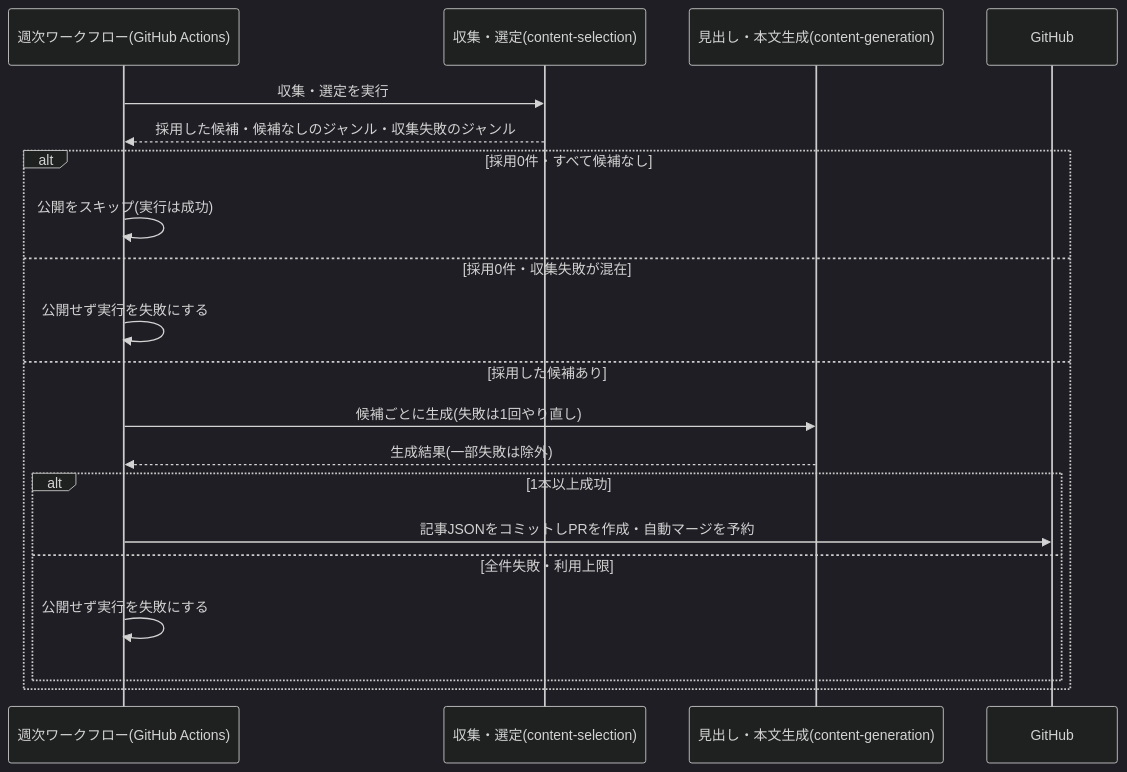
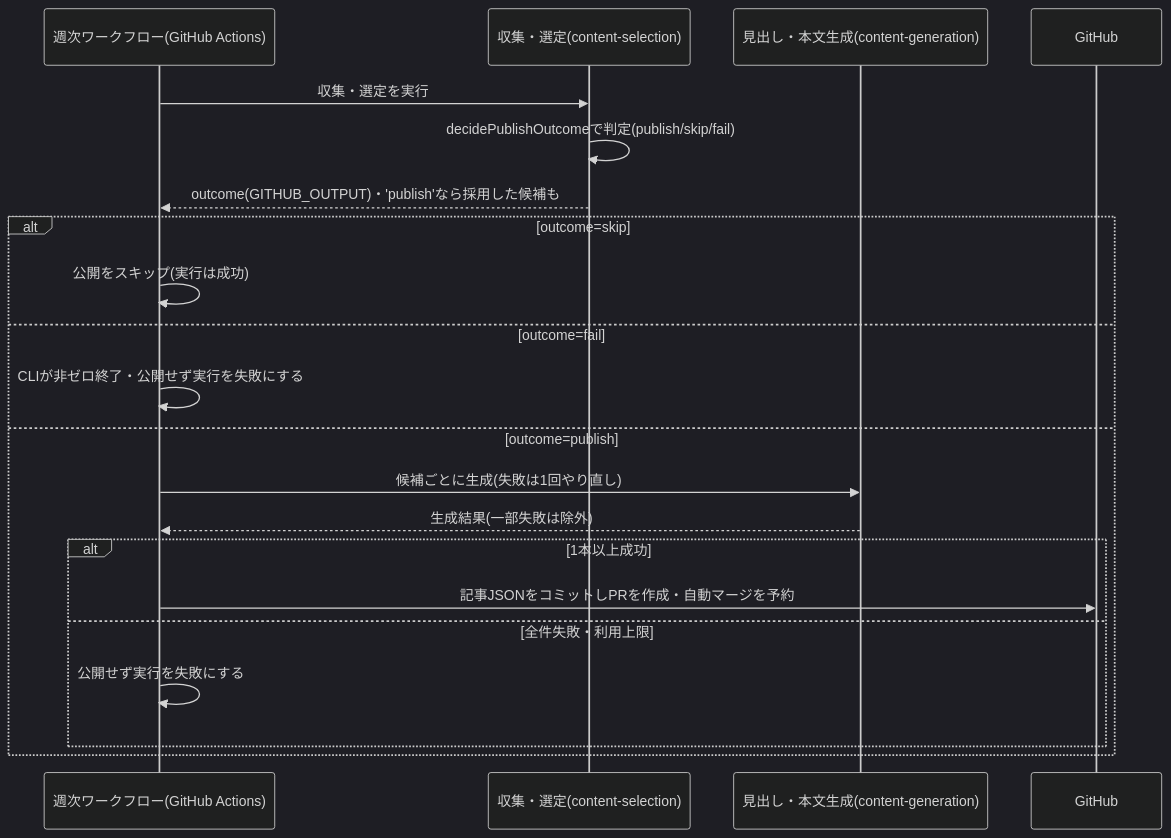
Before and after one commit to zakiyama0108/benriyatool: the diagram in specs/research-digest/weekly-publish/design.md, drawn with Mermaid (dark theme). The commit also changed other lines of this file and 7 other files, not shown here.

````diff
--- a/specs/research-digest/weekly-publish/design.md
+++ b/specs/research-digest/weekly-publish/design.md
@@ -32,23 +32,24 @@
 ```mermaid
 sequenceDiagram
     participant actions as 週次ワークフロー(GitHub Actions)
     participant select as 収集・選定(content-selection)
     participant gen as 見出し・本文生成(content-generation)
     participant gh as GitHub
 
     actions ->> select: 収集・選定を実行
-    select -->> actions: 採用した候補・候補なしのジャンル・収集失敗のジャンル
-    alt 採用0件・すべて候補なし
+    select ->> select: decidePublishOutcomeで判定(publish/skip/fail)
+    select -->> actions: outcome(GITHUB_OUTPUT)・'publish'なら採用した候補も
+    alt outcome=skip
         actions ->> actions: 公開をスキップ(実行は成功)
-    else 採用0件・収集失敗が混在
-        actions ->> actions: 公開せず実行を失敗にする
-    else 採用した候補あり
+    else outcome=fail
+        actions ->> actions: CLIが非ゼロ終了・公開せず実行を失敗にする
+    else outcome=publish
         actions ->> gen: 候補ごとに生成(失敗は1回やり直し)
         gen -->> actions: 生成結果(一部失敗は除外)
         alt 1本以上成功
             actions ->> gh: 記事JSONをコミットしPRを作成・自動マージを予約
         else 全件失敗・利用上限
             actions ->> actions: 公開せず実行を失敗にする
         end
     end
 ```
````
